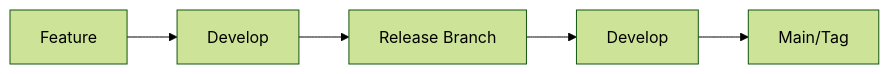
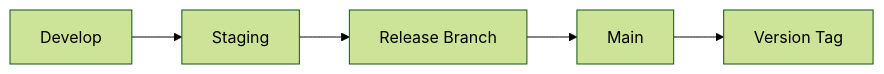
One commit to deepworks-net/github.toolkit changed the fourth of 4 diagrams in docs/release-process.md. Above: the diagram before and after it, drawn with Mermaid (forest theme). The commit also changed other lines of this file, not shown here.

First line of the commit message:
Update release process to reflect develop → staging → main workflow

````diff
--- a/docs/release-process.md
+++ b/docs/release-process.md
@@ -133,7 +133,7 @@
 ```mermaid
 graph LR
-    A[Feature] --> B[Develop]
+    A[Develop] --> B[Staging]
     B --> C[Release Branch]
-    C --> D[Develop]
-    D --> E[Main/Tag]
+    C --> D[Main]
+    D --> E[Version Tag]
 ```
````
